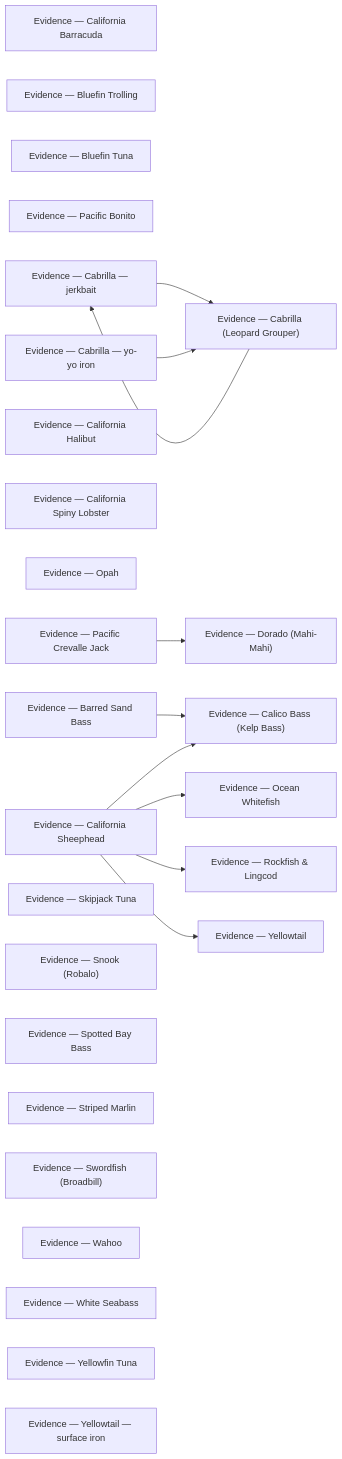
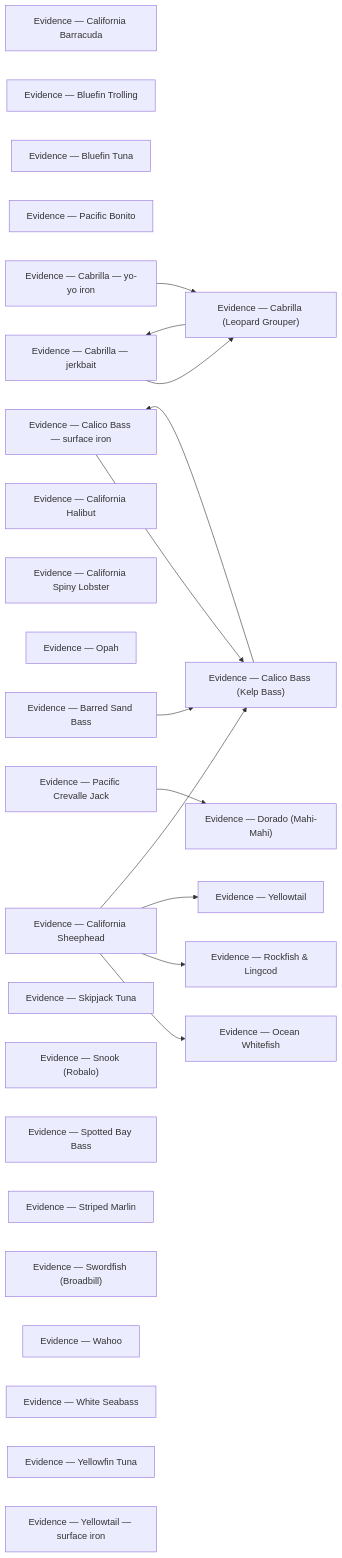
The diagram in species/evidence/README.md (camchuckpete-max/Socal-Fishing-Knowledge), drawn with Mermaid before and after one commit. The commit also changed other lines of this file and 16 other files, not shown here.

Commit message:
review: relocate species/calico-bass.md → species/calico-bass-surface-iron.md

````diff
--- a/species/evidence/README.md
+++ b/species/evidence/README.md
@@ -40,39 +41,42 @@
 ```mermaid
 graph LR
   n0["Evidence — California Barracuda"]
   n1["Evidence — Bluefin Trolling"]
   n2["Evidence — Bluefin Tuna"]
   n3["Evidence — Pacific Bonito"]
   n4["Evidence — Cabrilla — jerkbait"]
   n5["Evidence — Cabrilla — yo-yo iron"]
   n6["Evidence — Cabrilla (Leopard Grouper)"]
-  n7["Evidence — Calico Bass (Kelp Bass)"]
-  n8["Evidence — California Halibut"]
-  n9["Evidence — California Spiny Lobster"]
-  n10["Evidence — Dorado (Mahi-Mahi)"]
-  n11["Evidence — Ocean Whitefish"]
-  n12["Evidence — Opah"]
-  n13["Evidence — Pacific Crevalle Jack"]
-  n14["Evidence — Rockfish & Lingcod"]
-  n15["Evidence — Barred Sand Bass"]
-  n16["Evidence — California Sheephead"]
-  n17["Evidence — Skipjack Tuna"]
-  n18["Evidence — Snook (Robalo)"]
-  n19["Evidence — Spotted Bay Bass"]
-  n20["Evidence — Striped Marlin"]
-  n21["Evidence — Swordfish (Broadbill)"]
-  n22["Evidence — Wahoo"]
-  n23["Evidence — White Seabass"]
-  n24["Evidence — Yellowfin Tuna"]
-  n25["Evidence — Yellowtail — surface iron"]
-  n26["Evidence — Yellowtail"]
-  n13 --> n10
-  n15 --> n7
-  n16 --> n11
-  n16 --> n14
-  n16 --> n26
-  n16 --> n7
+  n7["Evidence — Calico Bass — surface iron"]
+  n8["Evidence — Calico Bass (Kelp Bass)"]
+  n9["Evidence — California Halibut"]
+  n10["Evidence — California Spiny Lobster"]
+  n11["Evidence — Dorado (Mahi-Mahi)"]
+  n12["Evidence — Ocean Whitefish"]
+  n13["Evidence — Opah"]
+  n14["Evidence — Pacific Crevalle Jack"]
+  n15["Evidence — Rockfish & Lingcod"]
+  n16["Evidence — Barred Sand Bass"]
+  n17["Evidence — California Sheephead"]
+  n18["Evidence — Skipjack Tuna"]
+  n19["Evidence — Snook (Robalo)"]
+  n20["Evidence — Spotted Bay Bass"]
+  n21["Evidence — Striped Marlin"]
+  n22["Evidence — Swordfish (Broadbill)"]
+  n23["Evidence — Wahoo"]
+  n24["Evidence — White Seabass"]
+  n25["Evidence — Yellowfin Tuna"]
+  n26["Evidence — Yellowtail — surface iron"]
+  n27["Evidence — Yellowtail"]
+  n14 --> n11
+  n16 --> n8
+  n17 --> n12
+  n17 --> n15
+  n17 --> n27
+  n17 --> n8
   n4 --> n6
   n5 --> n6
   n6 --> n4
+  n7 --> n8
+  n8 --> n7
 ```
````
